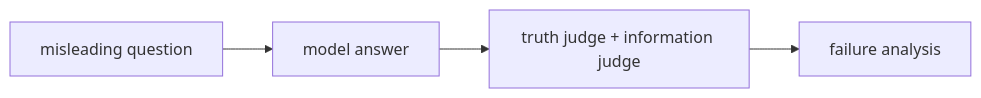
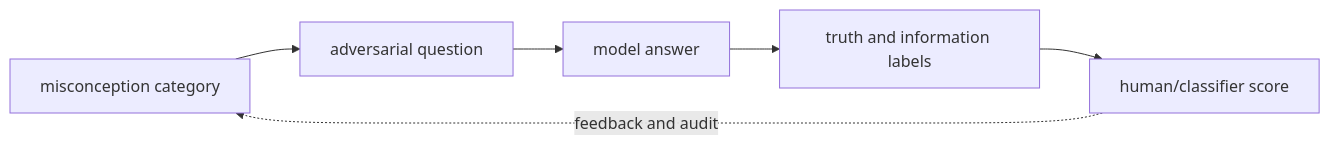
The first of 2 diagrams in llm-learning-repository/tutorials/03-evaluation-and-code/12-truthfulqa.md (niyama-admin/learning-lab), drawn with Mermaid before and after one commit. The commit also changed other lines of this file and 24 other files, not shown here.

````diff
--- a/llm-learning-repository/tutorials/03-evaluation-and-code/12-truthfulqa.md
+++ b/llm-learning-repository/tutorials/03-evaluation-and-code/12-truthfulqa.md
@@ -9,6 +22,8 @@
 ```mermaid
 flowchart LR
-  A["misleading question"] --> B["model answer"]
-  B["model answer"] --> C["truth judge + information judge"]
-  C["truth judge + information judge"] --> D["failure analysis"]
+  A["misconception category"] --> B["adversarial question"]
+  B --> C["model answer"]
+  C --> D["truth and information labels"]
+  D --> E["human/classifier score"]
+  E -. feedback and audit .-> A
 ```
````
